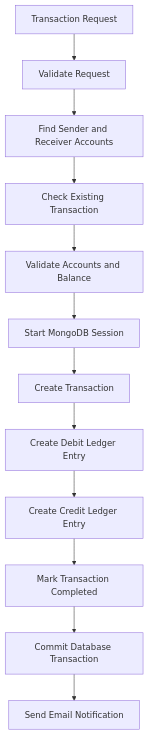
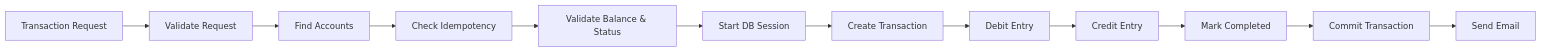
Before and after one commit to mayank03s/Backend-Ledger: the second of 3 diagrams in README.md, drawn with Mermaid. The commit also changed other lines of this file, not shown here.

Commit message:
Improve workflow diagrams

````diff
--- a/README.md
+++ b/README.md
@@ -62,14 +62,16 @@
 ```mermaid
-flowchart TD
+
+flowchart LR
     A["Transaction Request"] --> B["Validate Request"]
-    B --> C["Find Sender and Receiver Accounts"]
-    C --> D["Check Existing Transaction"]
-    D --> E["Validate Accounts and Balance"]
-    E --> F["Start MongoDB Session"]
+    B --> C["Find Accounts"]
+    C --> D["Check Idempotency"]
+    D --> E["Validate Balance & Status"]
+    E --> F["Start DB Session"]
     F --> G["Create Transaction"]
-    G --> H["Create Debit Ledger Entry"]
-    H --> I["Create Credit Ledger Entry"]
-    I --> J["Mark Transaction Completed"]
-    J --> K["Commit Database Transaction"]
-    K --> L["Send Email Notification"]
+    G --> H["Debit Entry"]
+    H --> I["Credit Entry"]
+    I --> J["Mark Completed"]
+    J --> K["Commit Transaction"]
+    K --> L["Send Email"]
+
 ```
````
